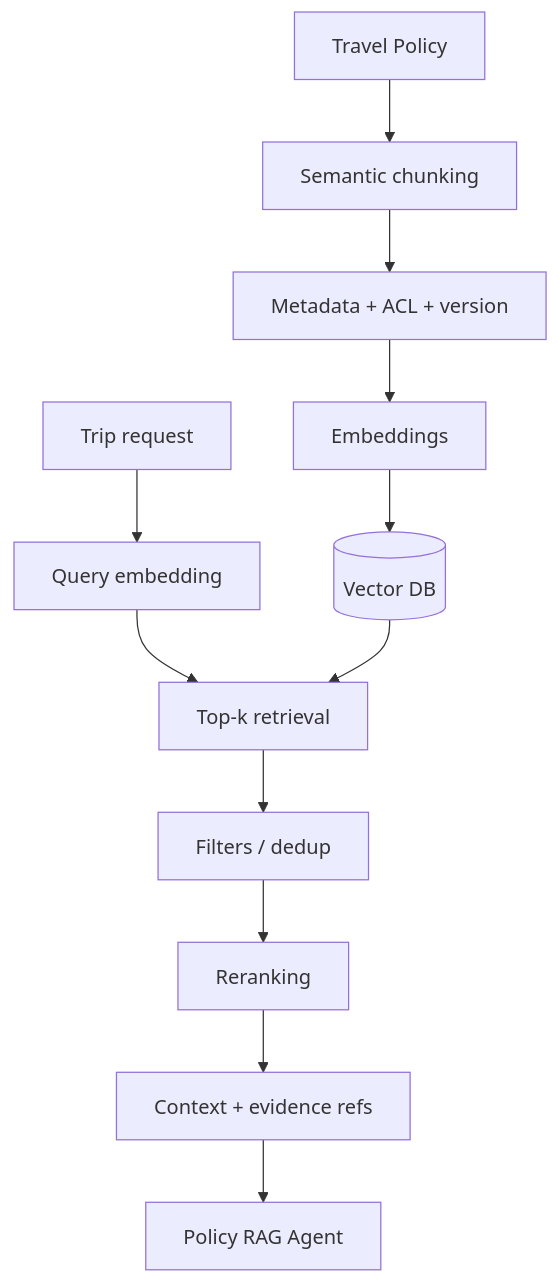
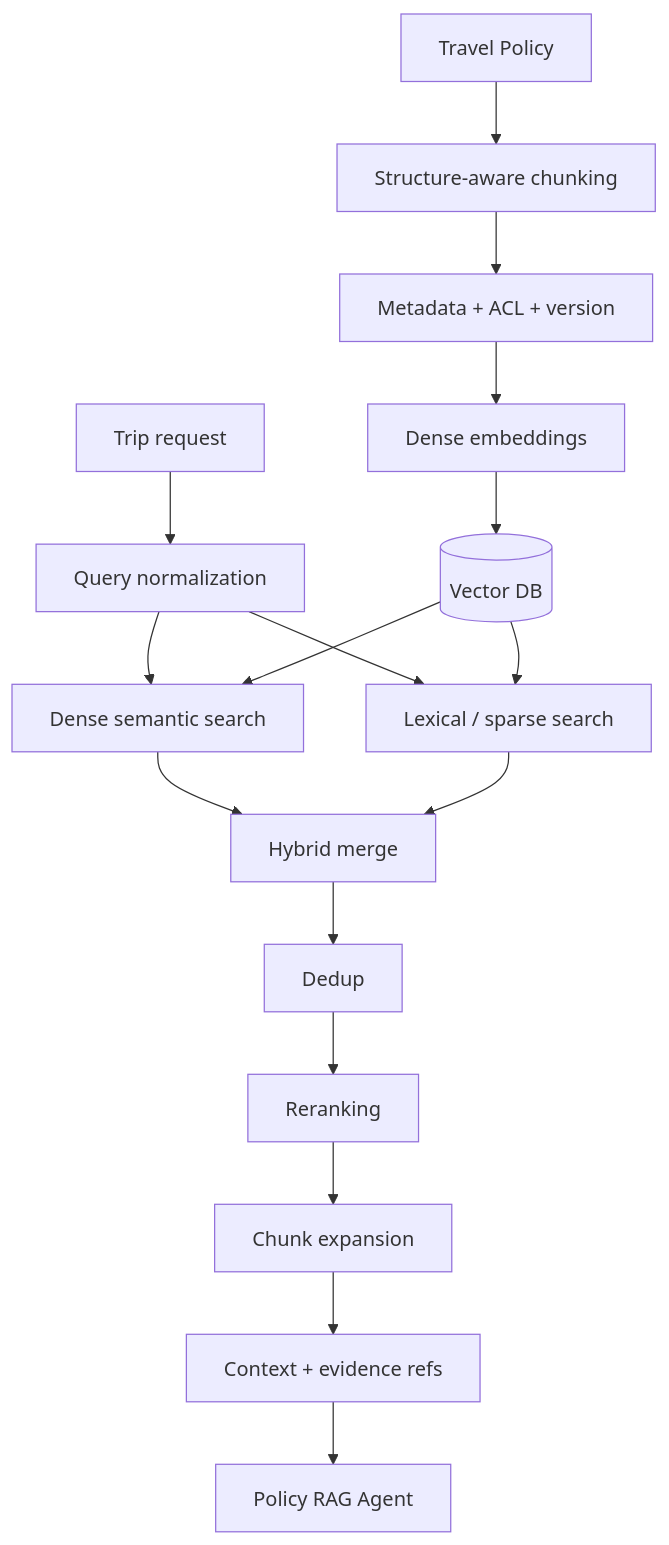
One commit to VictorKVS/OTUS- changed the second of 2 diagrams in 7. Архитектурные паттерны AI-агенты и Multi-Agent Systems  ДЗ/ДЗ_07_Travel_MultiAgent_RAG/README.md. Above: the diagram before and after it, drawn with Mermaid. The commit also changed other lines of this file and 9 other files, not shown here.

````diff
--- a/7. Архитектурные паттерны AI-агенты и Multi-Agent Systems  ДЗ/ДЗ_07_Travel_MultiAgent_RAG/README.md
+++ b/7. Архитектурные паттерны AI-агенты и Multi-Agent Systems  ДЗ/ДЗ_07_Travel_MultiAgent_RAG/README.md
@@ -103,15 +142,20 @@
 ```mermaid
 flowchart TD
-    D[Travel Policy] --> C[Semantic chunking]
+    D[Travel Policy] --> C[Structure-aware chunking]
     C --> M[Metadata + ACL + version]
-    M --> E[Embeddings]
+    M --> E[Dense embeddings]
     E --> V[(Vector DB)]
 
-    Q[Trip request] --> QE[Query embedding]
-    QE --> R[Top-k retrieval]
-    V --> R
-    R --> F[Filters / dedup]
-    F --> RR[Reranking]
-    RR --> K[Context + evidence refs]
+    Q[Trip request] --> N[Query normalization]
+    N --> DS[Dense semantic search]
+    N --> LS[Lexical / sparse search]
+    V --> DS
+    V --> LS
+    DS --> HM[Hybrid merge]
+    LS --> HM
+    HM --> DD[Dedup]
+    DD --> RR[Reranking]
+    RR --> CE[Chunk expansion]
+    CE --> K[Context + evidence refs]
     K --> A[Policy RAG Agent]
 ```
````
